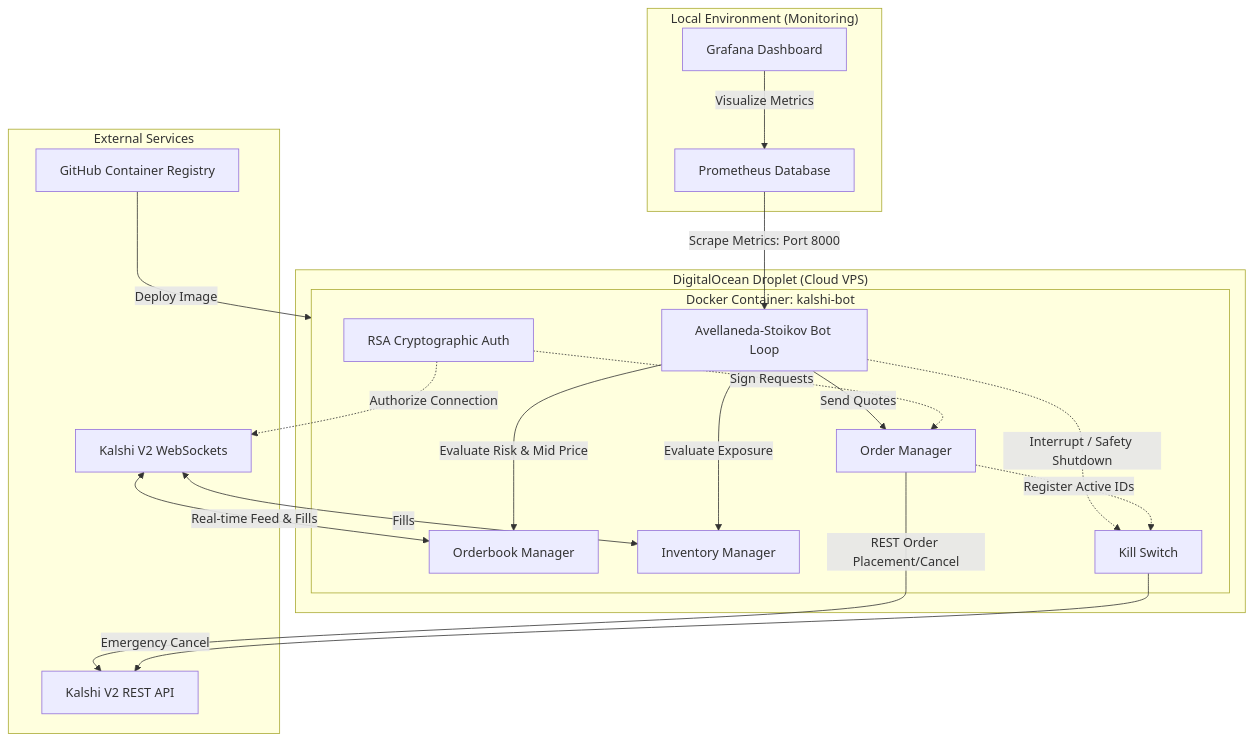
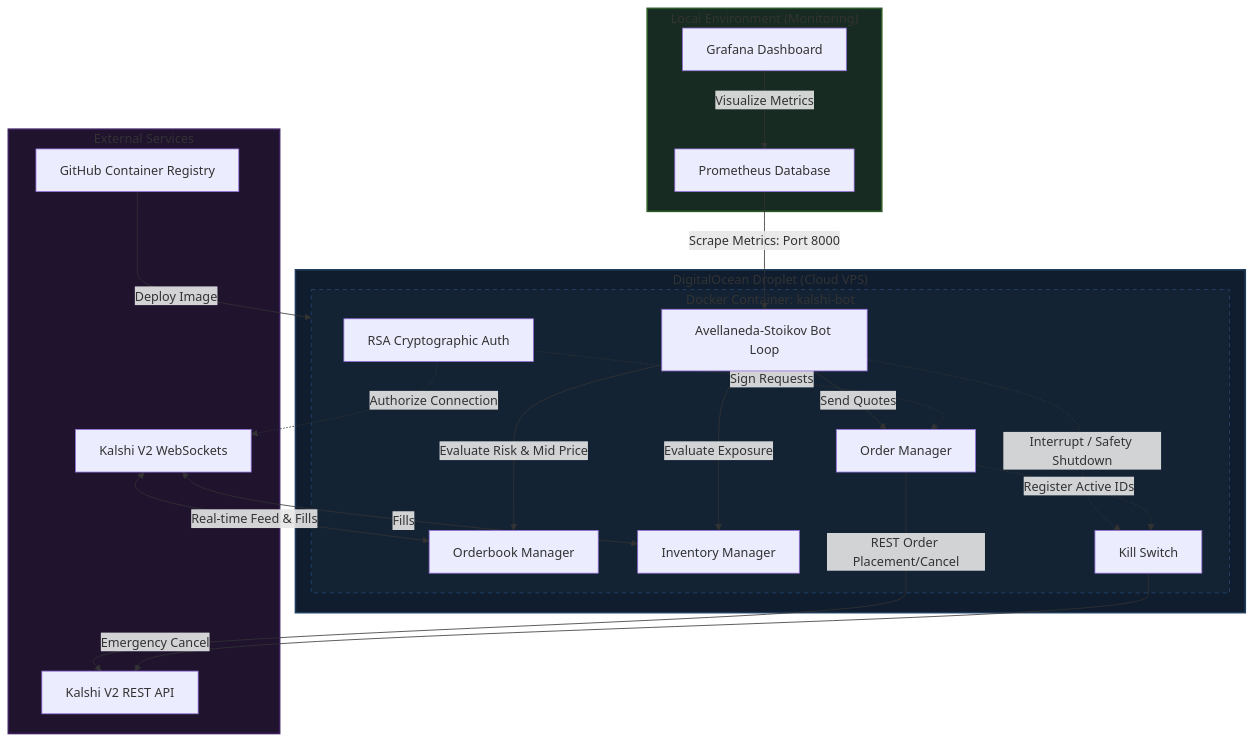
One commit to KelCodesStuff/Kalshi-Trading-Bot changed the diagram in README.md. Above: the diagram before and after it, drawn with Mermaid.

Commit message:
docs: add styling definitions for system architecture diagrams in README

````diff
--- a/README.md
+++ b/README.md
@@ -7,35 +7,41 @@
 ```mermaid
 graph TD
     subgraph LocalEnv ["Local Environment (Monitoring)"]
         Grafana[Grafana Dashboard] -->|Visualize Metrics| Prometheus[Prometheus Database]
     end
 
     subgraph DigitalOcean ["DigitalOcean Droplet (Cloud VPS)"]
         subgraph DockerContainer ["Docker Container: kalshi-bot"]
             BotLoop[Avellaneda-Stoikov Bot Loop]
             OrderBook[Orderbook Manager]
             InvManager[Inventory Manager]
             OrderManager[Order Manager]
             KillSwitch[Kill Switch]
             Auth[RSA Cryptographic Auth]
         end
     end
 
     subgraph External ["External Services"]
         GHCR[GitHub Container Registry] -->|Deploy Image| DockerContainer
         KalshiWS[Kalshi V2 WebSockets] <-->|Real-time Feed & Fills| OrderBook
         KalshiWS <-->|Fills| InvManager
         OrderManager -->|REST Order Placement/Cancel| KalshiREST[Kalshi V2 REST API]
         KillSwitch -->|Emergency Cancel| KalshiREST
         Prometheus -->|Scrape Metrics: Port 8000| BotLoop
     end
 
     %% Flow relationships inside the container
     BotLoop -->|Evaluate Risk & Mid Price| OrderBook
     BotLoop -->|Evaluate Exposure| InvManager
     BotLoop -->|Send Quotes| OrderManager
     BotLoop -.->|Interrupt / Safety Shutdown| KillSwitch
     OrderManager -.->|Register Active IDs| KillSwitch
     Auth -.->|Sign Requests| OrderManager
     Auth -.->|Authorize Connection| KalshiWS
+
+    %% Assign styles to subgraph containers
+    style LocalEnv fill:#172b22,stroke:#2d5a27,stroke-width:2px;
+    style DigitalOcean fill:#0f1d2e,stroke:#1f3c5c,stroke-width:2px;
+    style External fill:#1f132e,stroke:#3b205c,stroke-width:2px;
+    style DockerContainer fill:#142334,stroke:#264870,stroke-width:1px,stroke-dasharray: 5 5;
 ```
````
